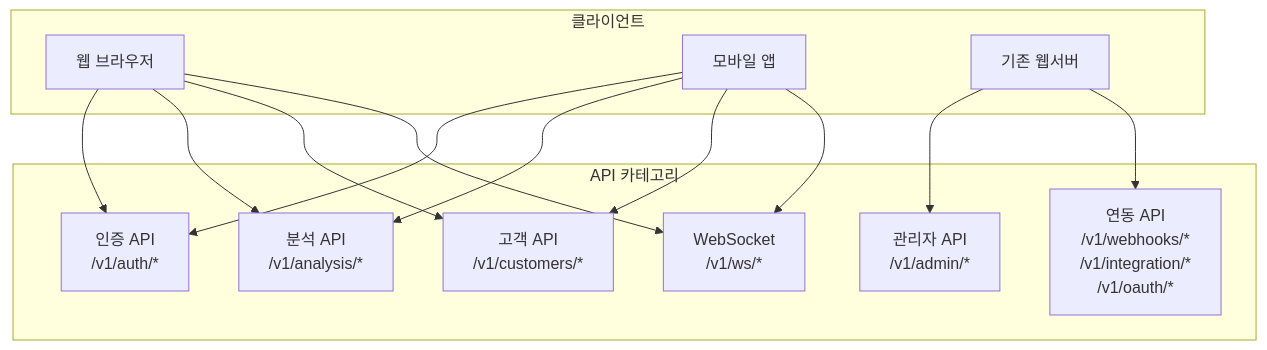
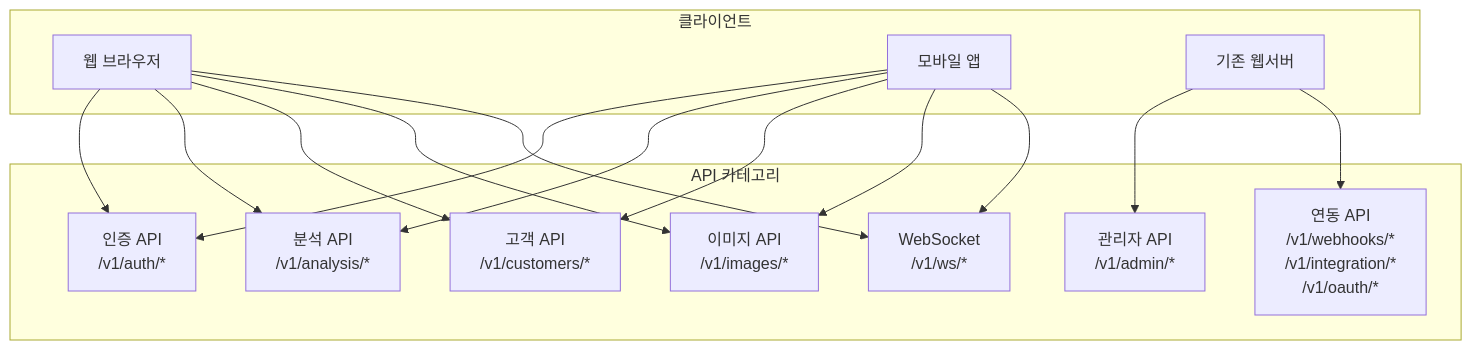
The diagram in docs/api/API_REFERENCE.md (coteleafdev/SkinLens), drawn with Mermaid before and after one commit. The commit also changed other lines of this file, not shown here.

Commit message:
Update API reference with image API endpoints

````diff
--- a/docs/api/API_REFERENCE.md
+++ b/docs/api/API_REFERENCE.md
@@ -33,30 +33,33 @@
 ```mermaid
 graph TB
     subgraph "API 카테고리"
         A1[인증 API<br/>/v1/auth/*]
         A2[분석 API<br/>/v1/analysis/*]
         A3[고객 API<br/>/v1/customers/*]
         A4[관리자 API<br/>/v1/admin/*]
         A5[연동 API<br/>/v1/webhooks/*<br/>/v1/integration/*<br/>/v1/oauth/*]
-        A6[WebSocket<br/>/v1/ws/*]
+        A6[이미지 API<br/>/v1/images/*]
+        A7[WebSocket<br/>/v1/ws/*]
     end
     
     subgraph "클라이언트"
         B1[웹 브라우저]
         B2[모바일 앱]
         B3[기존 웹서버]
     end
     
     B1 --> A1
     B1 --> A2
     B1 --> A3
     B1 --> A6
+    B1 --> A7
     
     B2 --> A1
     B2 --> A2
     B2 --> A3
     B2 --> A6
+    B2 --> A7
     
     B3 --> A4
     B3 --> A5
 ```
````
